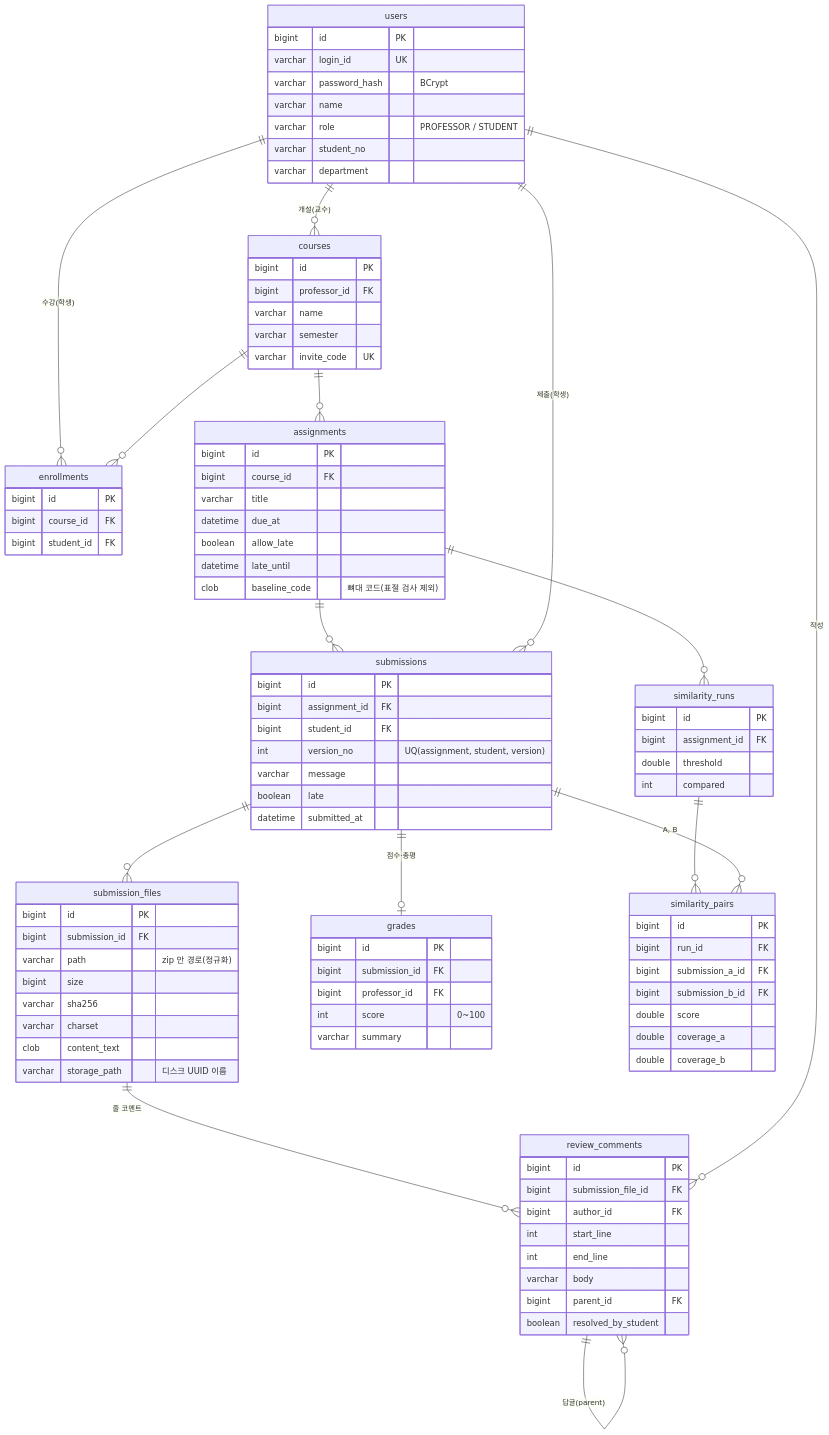
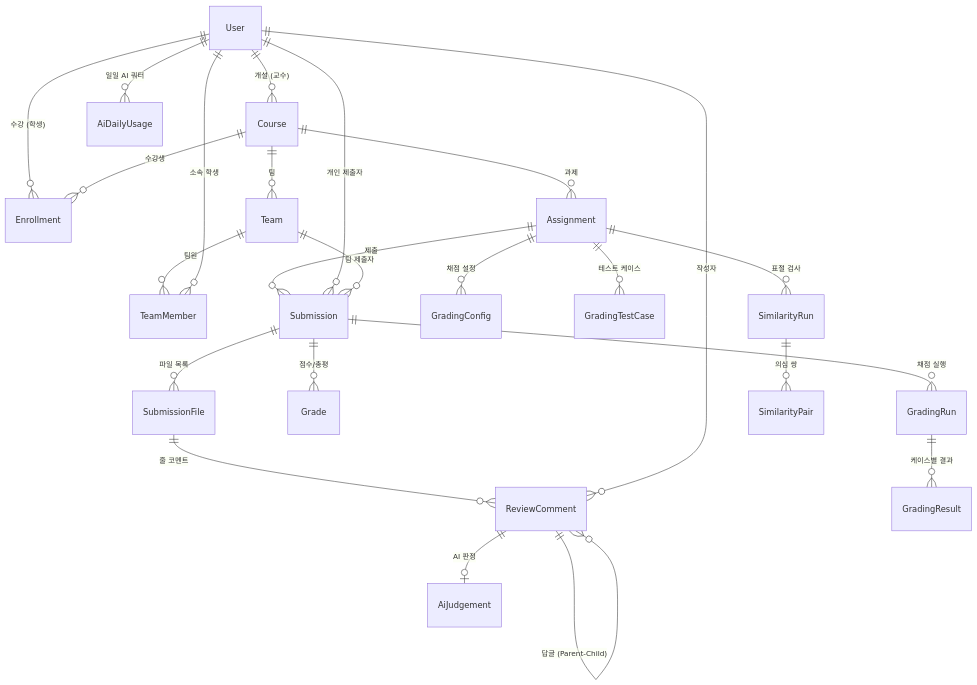
Before and after one commit to ksw1295/submithub: the second of 2 diagrams in README.md, drawn with Mermaid. The commit also changed other lines of this file and 15 other files, not shown here.

````diff
--- a/README.md
+++ b/README.md
@@ -168,79 +154,31 @@
 ```mermaid
 erDiagram
-    users ||--o{ courses : "개설(교수)"
-    users ||--o{ enrollments : "수강(학생)"
-    courses ||--o{ enrollments : ""
-    courses ||--o{ assignments : ""
-    assignments ||--o{ submissions : ""
-    users ||--o{ submissions : "제출(학생)"
-    submissions ||--o{ submission_files : ""
-    submission_files ||--o{ review_comments : "줄 코멘트"
-    review_comments ||--o{ review_comments : "답글(parent)"
-    users ||--o{ review_comments : "작성"
-    submissions ||--o| grades : "점수·총평"
-    assignments ||--o{ similarity_runs : ""
-    similarity_runs ||--o{ similarity_pairs : ""
-    submissions ||--o{ similarity_pairs : "A, B"
+    User ||--o{ Course : "개설 (교수)"
+    User ||--o{ Enrollment : "수강 (학생)"
+    Course ||--o{ Enrollment : "수강생"
+    Course ||--o{ Assignment : "과제"
+    Course ||--o{ Team : "팀"
+    Team ||--o{ TeamMember : "팀원"
+    User ||--o{ TeamMember : "소속 학생"
 
-    users { bigint id PK
-        varchar login_id UK
-        varchar password_hash "BCrypt"
-        varchar name
-        varchar role "PROFESSOR / STUDENT"
-        varchar student_no
-        varchar department }
-    courses { bigint id PK
-        bigint professor_id FK
-        varchar name
-        varchar semester
-        varchar invite_code UK }
-    enrollments { bigint id PK
-        bigint course_id FK
-        bigint student_id FK }
-    assignments { bigint id PK
-        bigint course_id FK
-        varchar title
-        datetime due_at
-        boolean allow_late
-        datetime late_until
-        clob baseline_code "뼈대 코드(표절 검사 제외)" }
-    submissions { bigint id PK
-        bigint assignment_id FK
-        bigint student_id FK
-        int version_no "UQ(assignment, student, version)"
-        varchar message
-        boolean late
-        datetime submitted_at }
-    submission_files { bigint id PK
-        bigint submission_id FK
-        varchar path "zip 안 경로(정규화)"
-        bigint size
-        varchar sha256
-        varchar charset
-        clob content_text
-        varchar storage_path "디스크 UUID 이름" }
-    review_comments { bigint id PK
-        bigint submission_file_id FK
-        bigint author_id FK
-        int start_line
-        int end_line
-        varchar body
-        bigint parent_id FK
-        boolean resolved_by_student }
-    grades { bigint id PK
-        bigint submission_id FK
-        bigint professor_id FK
-        int score "0~100"
-        varchar summary }
-    similarity_runs { bigint id PK
-        bigint assignment_id FK
-        double threshold
-        int compared }
-    similarity_pairs { bigint id PK
-        bigint run_id FK
-        bigint submission_a_id FK
-        bigint submission_b_id FK
-        double score
-        double coverage_a
-        double coverage_b }
+    Assignment ||--o{ Submission : "제출"
+    User ||--o{ Submission : "개인 제출자"
+    Team ||--o{ Submission : "팀 제출자"
+    Submission ||--o{ SubmissionFile : "파일 목록"
+    Submission ||--o{ Grade : "점수/총평"
+
+    SubmissionFile ||--o{ ReviewComment : "줄 코멘트"
+    User ||--o{ ReviewComment : "작성자"
+    ReviewComment ||--o{ ReviewComment : "답글 (Parent-Child)"
+
+    Assignment ||--o{ GradingConfig : "채점 설정"
+    Assignment ||--o{ GradingTestCase : "테스트 케이스"
+    Submission ||--o{ GradingRun : "채점 실행"
+    GradingRun ||--o{ GradingResult : "케이스별 결과"
+
+    Assignment ||--o{ SimilarityRun : "표절 검사"
+    SimilarityRun ||--o{ SimilarityPair : "의심 쌍"
+
+    ReviewComment ||--o| AiJudgement : "AI 판정"
+    User ||--o{ AiDailyUsage : "일일 AI 쿼터"
 ```
````
